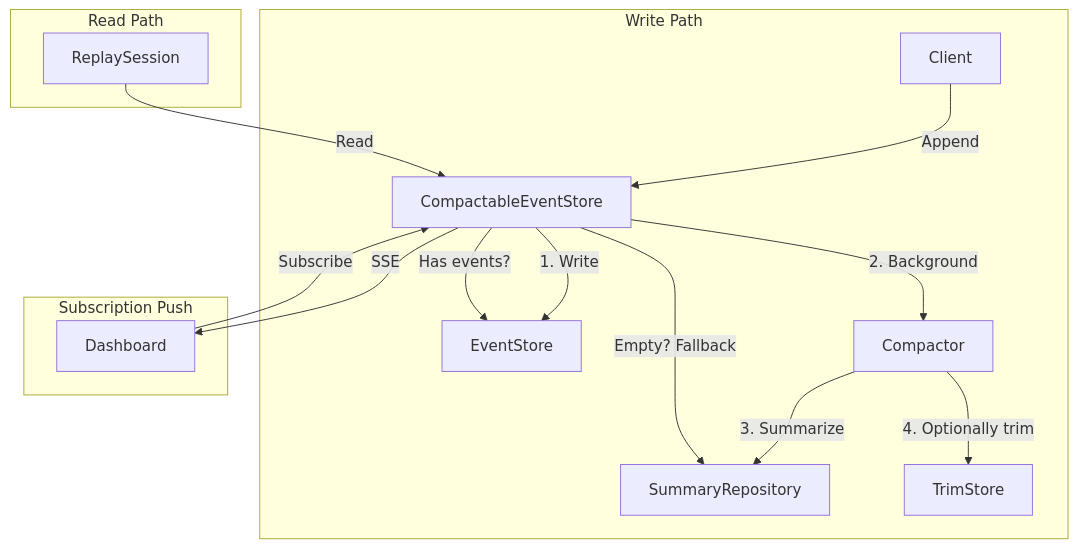
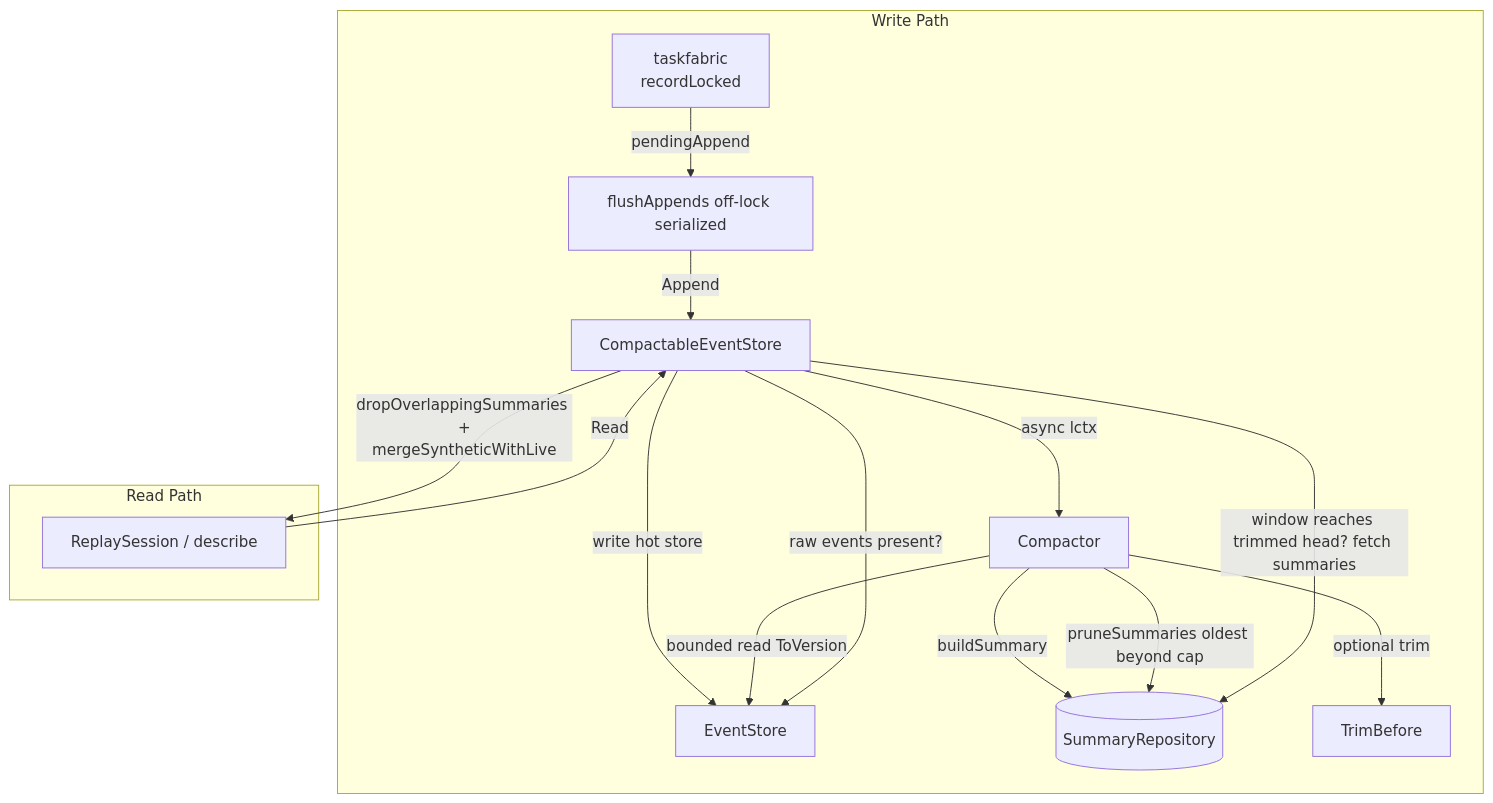
The sixth of 6 diagrams in content/log/ARES/08-event-system-deep-dive.md (Timwood0x10/myblog), drawn with Mermaid before and after one commit. The commit also changed other lines of this file and 33 other files, not shown here.

````diff
--- a/content/log/ARES/08-event-system-deep-dive.md
+++ b/content/log/ARES/08-event-system-deep-dive.md
@@ -387,21 +446,20 @@
 ```mermaid
 graph TB
     subgraph "Write Path"
-        C[Client] -->|Append| CES[CompactableEventStore]
-        CES -->|1. Write| ES[EventStore]
-        CES -->|2. Background| CP[Compactor]
-        CP -->|3. Summarize| SR[SummaryRepository]
-        CP -->|4. Optionally trim| TS[TrimStore]
+        F[taskfabric\nrecordLocked] -->|pendingAppend| FE[flushAppends off-lock serialized]
+        FE -->|Append| CES[CompactableEventStore]
+        CES -->|write hot store| ES[EventStore]
+        CES -->|async lctx| CP[Compactor]
+        CP -->|bounded read ToVersion| ES
+        CP -->|buildSummary| SR[(SummaryRepository)]
+        CP -->|pruneSummaries oldest beyond cap| SR
+        CP -->|optional trim| TS[TrimBefore]
     end
 
     subgraph "Read Path"
-        RS[ReplaySession] -->|Read| CES
-        CES -->|Has events?| ES
-        CES -->|Empty? Fallback| SR
-    end
-
-    subgraph "Subscription Push"
-        DV[Dashboard] -->|Subscribe| CES
-        CES -->|SSE| DV
+        FL[ReplaySession / describe] -->|Read| CES
+        CES -->|raw events present?| ES
+        CES -->|window reaches trimmed head? fetch summaries| SR
+        CES -->|dropOverlappingSummaries +\nmergeSyntheticWithLive| FL
     end
 ```
````
